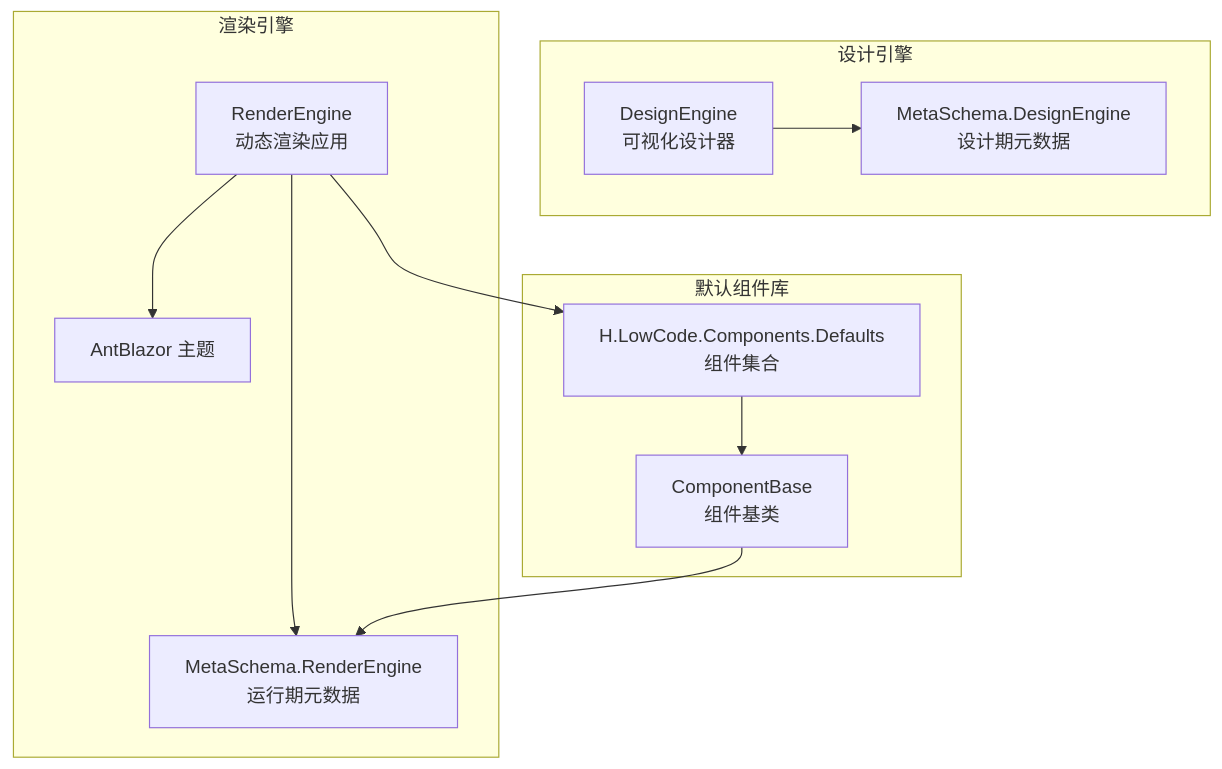
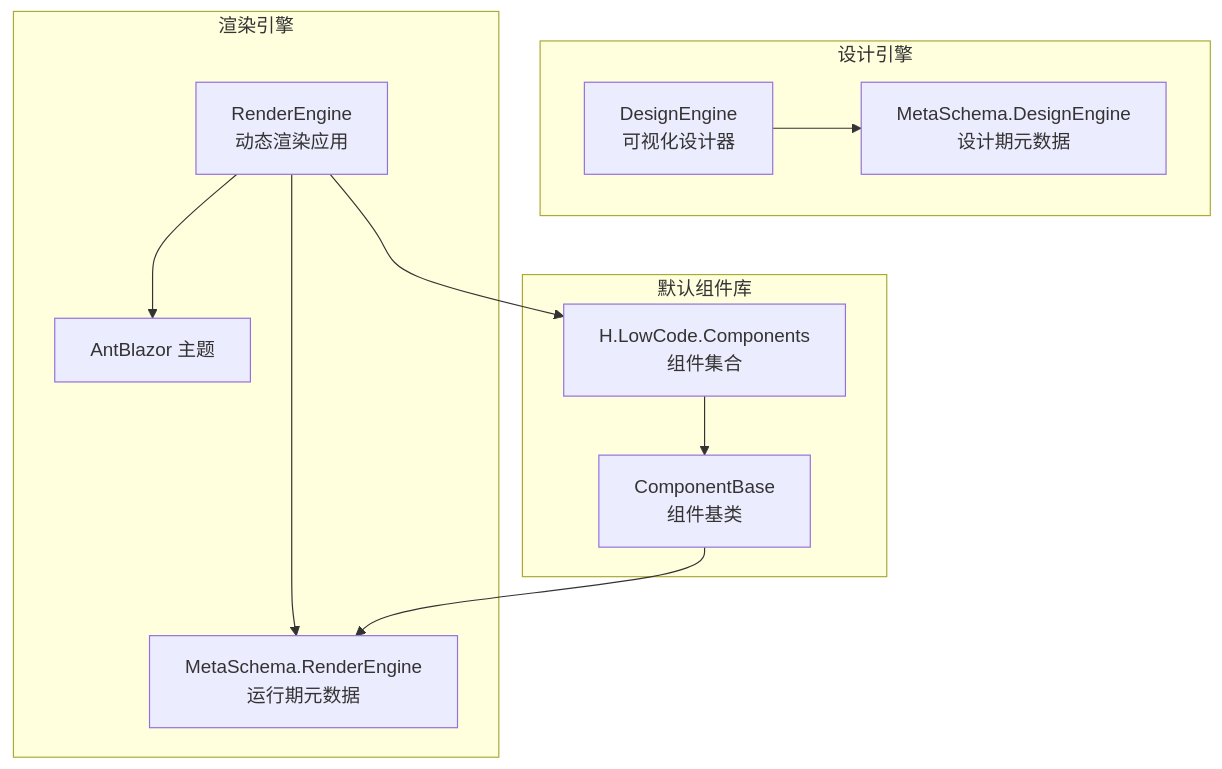
One commit to openlowcodelab/lowcode changed the second of 3 diagrams in .qoder/repowiki/zh/content/低代码引擎/组件系统/默认组件库/默认组件库.md. Above: the diagram before and after it, drawn with Mermaid. The commit also changed other lines of this file and 90 other files, not shown here.

Commit message:
[LowCode] 组件库重命名

````diff
--- a/.qoder/repowiki/zh/content/低代码引擎/组件系统/默认组件库/默认组件库.md
+++ b/.qoder/repowiki/zh/content/低代码引擎/组件系统/默认组件库/默认组件库.md
@@ -67,22 +67,22 @@
 ```mermaid
 graph TB
 subgraph "设计引擎"
 DE["DesignEngine<br/>可视化设计器"]
 MS_DE["MetaSchema.DesignEngine<br/>设计期元数据"]
 end
 subgraph "渲染引擎"
 RE["RenderEngine<br/>动态渲染应用"]
 MS_RE["MetaSchema.RenderEngine<br/>运行期元数据"]
 Theme["AntBlazor 主题"]
 end
 subgraph "默认组件库"
-CL["H.LowCode.Components.Defaults<br/>组件集合"]
+CL["H.LowCode.Components<br/>组件集合"]
 Base["ComponentBase<br/>组件基类"]
 end
 DE --> MS_DE
 RE --> MS_RE
 RE --> Theme
 RE --> CL
 CL --> Base
 Base --> MS_RE
 ```
````
